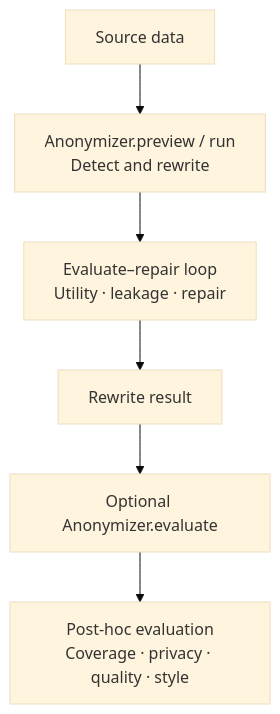
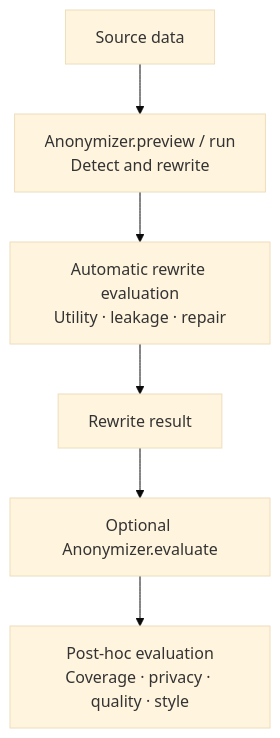
Before and after one commit to NVIDIA-NeMo/Anonymizer: the first of 2 diagrams in docs/devnotes/posts/evaluation-anonymizer-rewrite.md, drawn with Mermaid (base theme). The commit also changed other lines of this file, not shown here.

````diff
--- a/docs/devnotes/posts/evaluation-anonymizer-rewrite.md
+++ b/docs/devnotes/posts/evaluation-anonymizer-rewrite.md
@@ -36,8 +36,8 @@
 ```mermaid
 flowchart TD
     A[Source data] --> B[Anonymizer.preview / run\nDetect and rewrite]
-    B --> C[Evaluate–repair loop\nUtility · leakage · repair]
+    B --> C[Automatic rewrite evaluation\nUtility · leakage · repair]
     C --> D[Rewrite result]
     D --> E[Optional Anonymizer.evaluate]
     E --> F[Post-hoc evaluation\nCoverage · privacy · quality · style]
 ```
````
